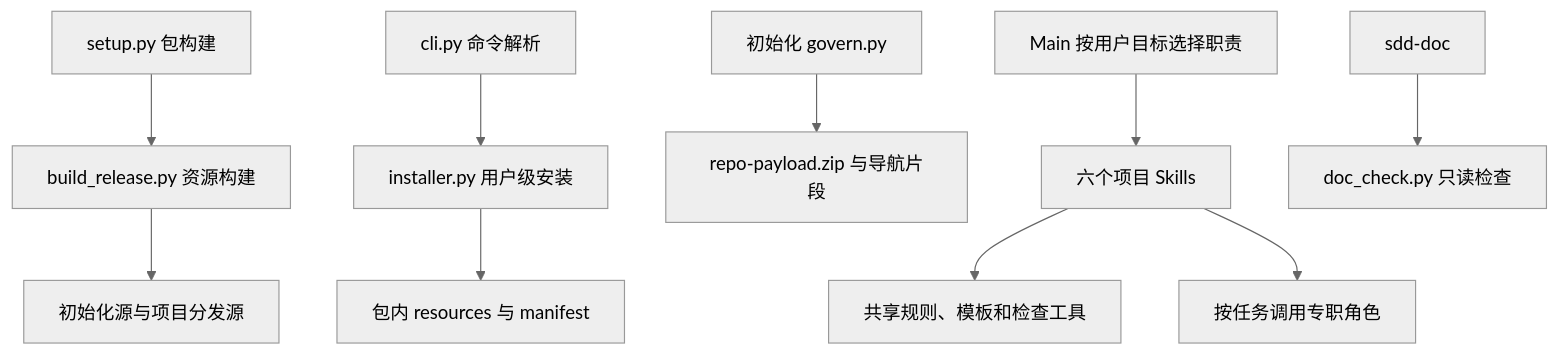
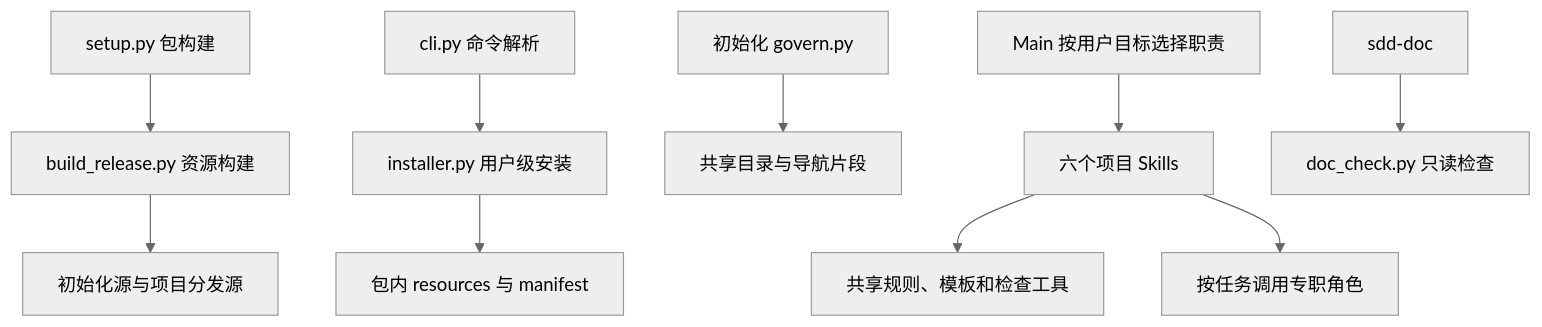
The third of 3 diagrams in docs/blueprint.md (bigsmartben/sdd-init), drawn with Mermaid (neutral theme) before and after one commit. The commit also changed other lines of this file and 27 other files, not shown here.

````diff
--- a/docs/blueprint.md
+++ b/docs/blueprint.md
@@ -117,12 +119,12 @@
 ```mermaid
 flowchart TD
   Package[setup.py 包构建] --> Build[build_release.py 资源构建]
   Build --> Sources[初始化源与项目分发源]
   CLI[cli.py 命令解析] --> Installer[installer.py 用户级安装]
   Installer --> Resources[包内 resources 与 manifest]
-  Govern[初始化 govern.py] --> Payload[repo-payload.zip 与导航片段]
+  Govern[初始化 govern.py] --> Bundle[共享目录与导航片段]
   Main[Main 按用户目标选择职责] --> Skills[六个项目 Skills]
   Skills --> Shared[共享规则、模板和检查工具]
   Skills --> Roles[按任务调用专职角色]
   Doc[sdd-doc] --> Check[doc_check.py 只读检查]
 ```
````
